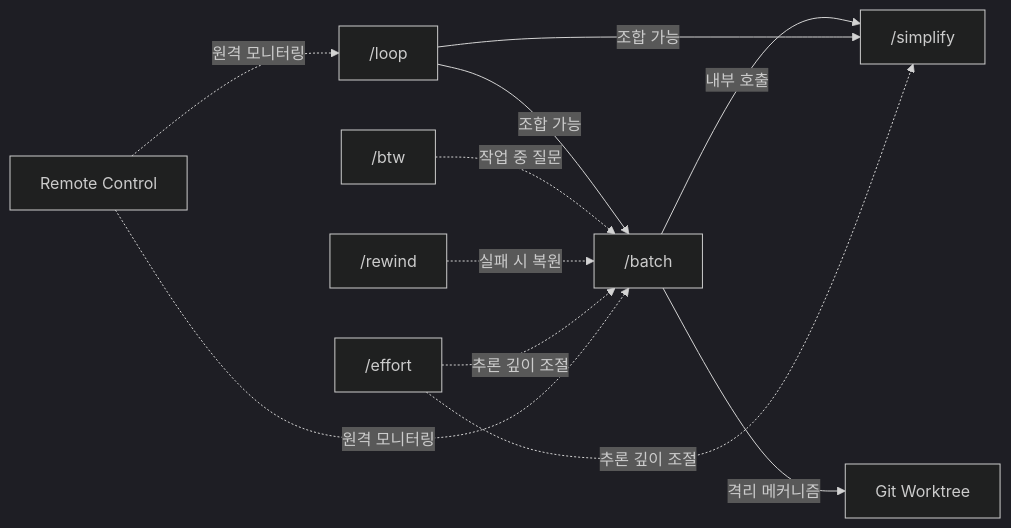
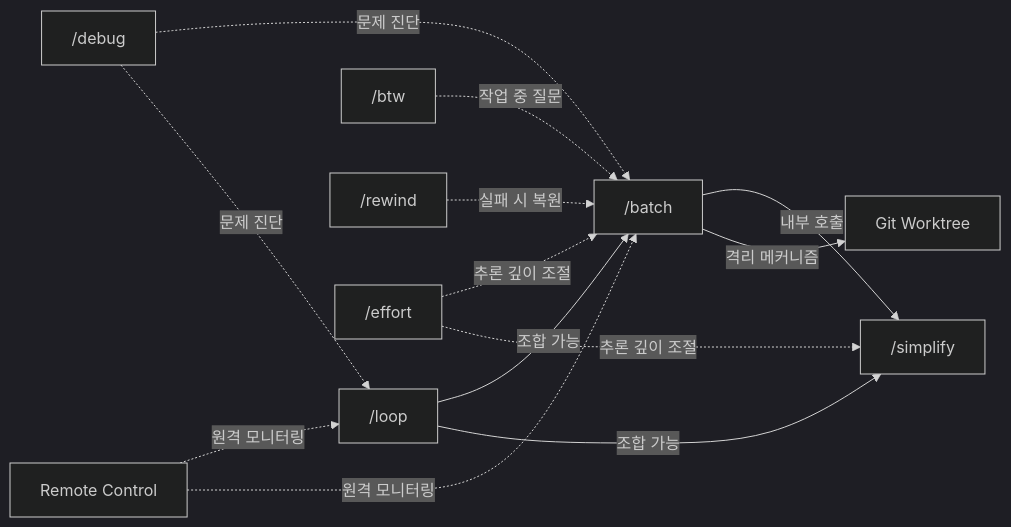
Before and after one commit to kenshin579/blog-v2.advenoh.pe.kr: the sixth of 6 diagrams in docs/start/claude-code-최신-기능-7가지-완벽-가이드/index.md, drawn with Mermaid (dark theme). The commit also changed other lines of this file, not shown here.

First line of the commit message:
docs: /debug 섹션 추가 (Claude Code 최신 기능 가이드) (#414)

````diff
--- a/docs/start/claude-code-최신-기능-7가지-완벽-가이드/index.md
+++ b/docs/start/claude-code-최신-기능-7가지-완벽-가이드/index.md
@@ -637,13 +716,15 @@
 ```mermaid
 flowchart LR
     BATCH["/batch"] -->|"내부 호출"| SIMPLIFY["/simplify"]
     BATCH -->|"격리 메커니즘"| WT["Git Worktree"]
     LOOP["/loop"] -->|"조합 가능"| BATCH
     LOOP -->|"조합 가능"| SIMPLIFY
     BTW["/btw"] -.->|"작업 중 질문"| BATCH
     REWIND["/rewind"] -.->|"실패 시 복원"| BATCH
     EFFORT["/effort"] -.->|"추론 깊이 조절"| BATCH
     EFFORT -.->|"추론 깊이 조절"| SIMPLIFY
+    DEBUG["/debug"] -.->|"문제 진단"| BATCH
+    DEBUG -.->|"문제 진단"| LOOP
     RC["Remote Control"] -.->|"원격 모니터링"| LOOP
     RC -.->|"원격 모니터링"| BATCH
 ```
````
